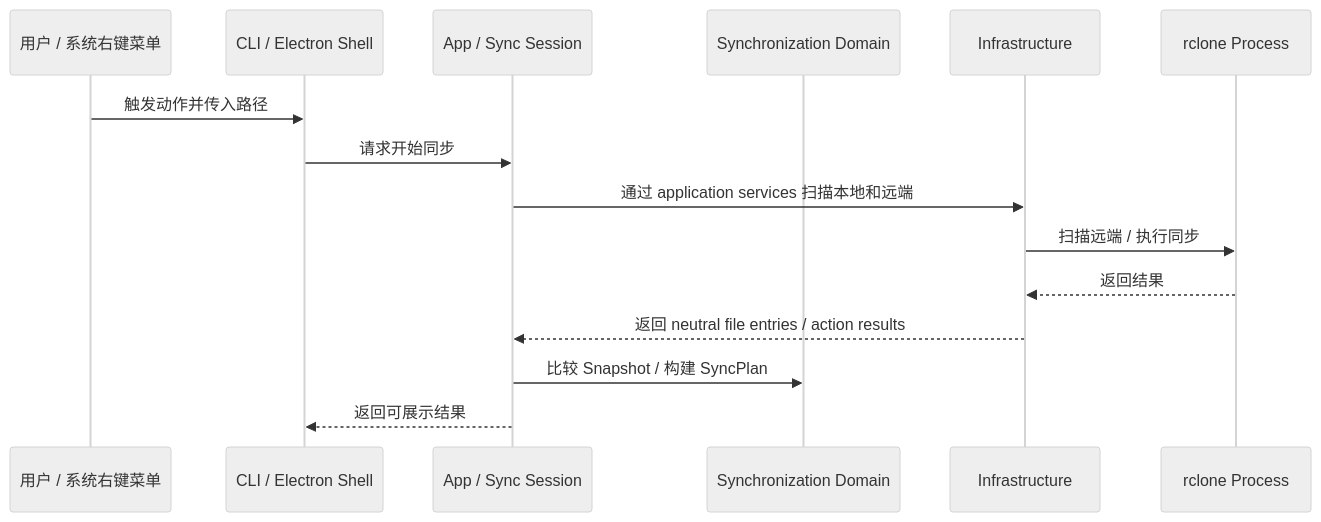
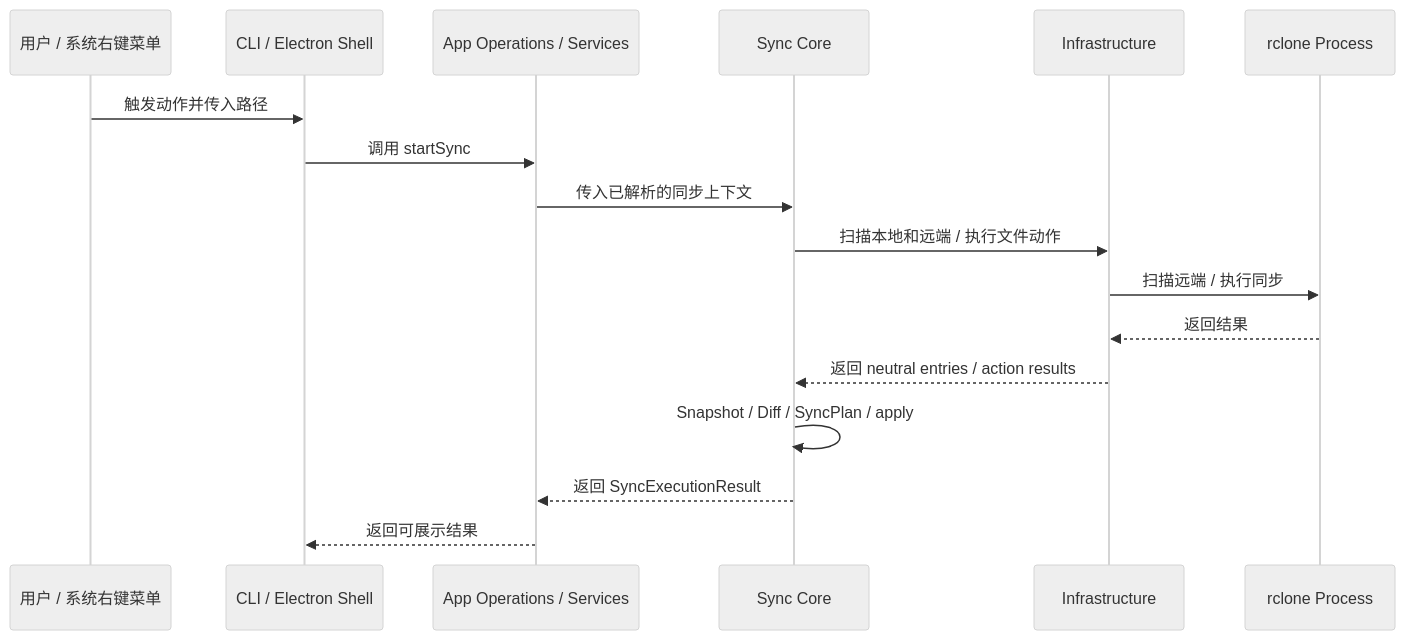
Before and after one commit to agalloch21/sync-with-rclone: the first of 4 diagrams in docs/Architecture.md, drawn with Mermaid (neutral theme). The commit also changed other lines of this file and 55 other files, not shown here.

````diff
--- a/docs/Architecture.md
+++ b/docs/Architecture.md
@@ -14,18 +14,20 @@
 ```mermaid
 sequenceDiagram
   participant U as 用户 / 系统右键菜单
   participant S as CLI / Electron Shell
-  participant A as App / Sync Session
-  participant D as Synchronization Domain
+  participant A as App Operations / Services
+  participant C as Sync Core
   participant I as Infrastructure
   participant RC as rclone Process
 
   U->>S: 触发动作并传入路径
-  S->>A: 请求开始同步
-  A->>I: 通过 application services 扫描本地和远端
+  S->>A: 调用 startSync
+  A->>C: 传入已解析的同步上下文
+  C->>I: 扫描本地和远端 / 执行文件动作
   I->>RC: 扫描远端 / 执行同步
   RC-->>I: 返回结果
-  I-->>A: 返回 neutral file entries / action results
-  A->>D: 比较 Snapshot / 构建 SyncPlan
+  I-->>C: 返回 neutral entries / action results
+  C->>C: Snapshot / Diff / SyncPlan / apply
+  C-->>A: 返回 SyncExecutionResult
   A-->>S: 返回可展示结果
 ```
````
